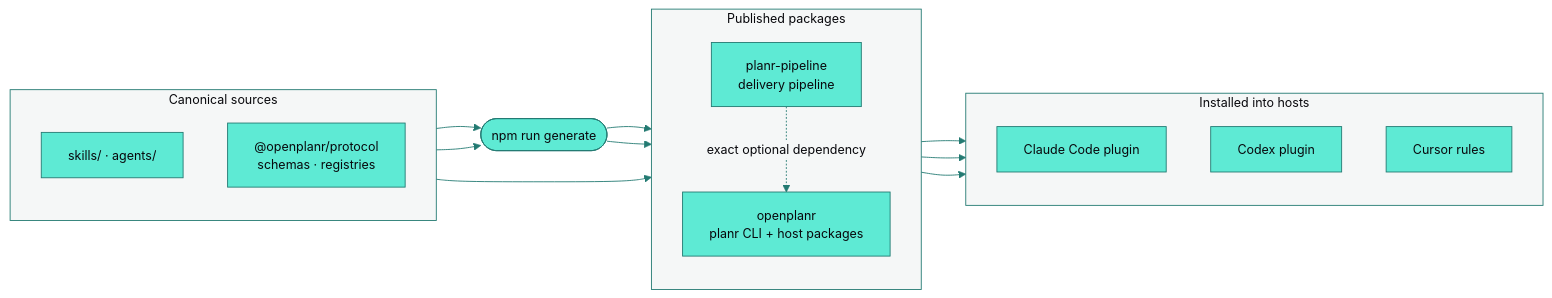
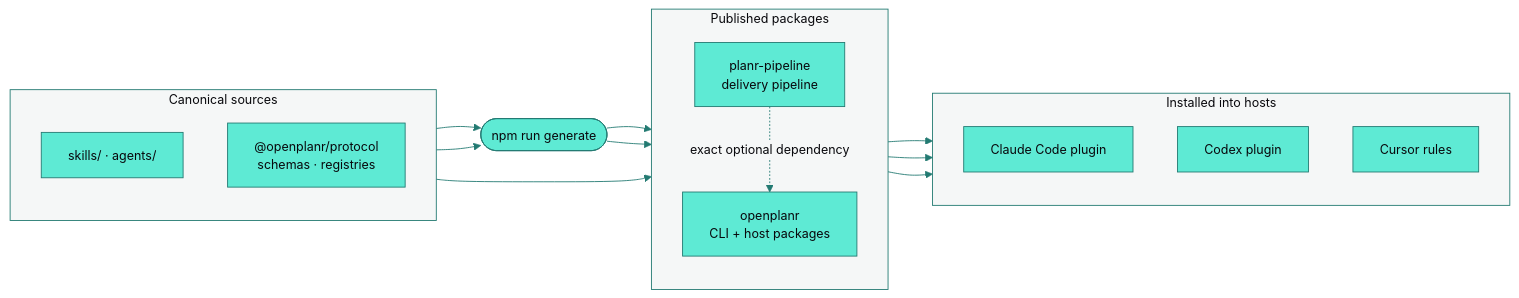
Before and after one commit to openplanr/OpenPlanr: the diagram in README.md, drawn with Mermaid. The commit also changed other lines of this file and 275 other files, not shown here.

First line of the commit message:
feat(cli)!: rename the command to openplanr

````diff
--- a/README.md
+++ b/README.md
@@ -174,30 +174,30 @@
 ```mermaid
 %%{init: {"theme":"base","themeVariables":{"fontFamily":"DM Sans, ui-sans-serif, system-ui, sans-serif","fontSize":"14px","primaryColor":"#5EEAD4","primaryTextColor":"#08080C","primaryBorderColor":"#237A72","secondaryColor":"#F5F7F7","secondaryTextColor":"#08080C","secondaryBorderColor":"#237A72","tertiaryColor":"#F5F7F7","tertiaryTextColor":"#08080C","tertiaryBorderColor":"#237A72","lineColor":"#237A72","textColor":"#08080C","edgeLabelBackground":"#F5F7F7","clusterBkg":"#F5F7F7","clusterBorder":"#237A72","noteBkgColor":"#F5F7F7","noteTextColor":"#08080C","noteBorderColor":"#237A72"}}}%%
 flowchart LR
     subgraph sources["Canonical sources"]
         direction TB
         skills["skills/ · agents/"]
         protocol["@openplanr/protocol<br/>schemas · registries"]
     end
     generate(["npm run generate"])
     subgraph packages["Published packages"]
         direction TB
-        cli["openplanr<br/>planr CLI + host packages"]
+        cli["openplanr<br/>CLI + host packages"]
         pipeline["planr-pipeline<br/>delivery pipeline"]
     end
     subgraph hosts["Installed into hosts"]
         direction TB
         claude["Claude Code plugin"]
         codex["Codex plugin"]
         cursor["Cursor rules"]
     end
     skills --> generate
     protocol --> generate
     generate --> cli
     generate --> pipeline
     protocol --> pipeline
     pipeline -. exact optional dependency .-> cli
     cli --> claude
     cli --> codex
     cli --> cursor
 ```
````
